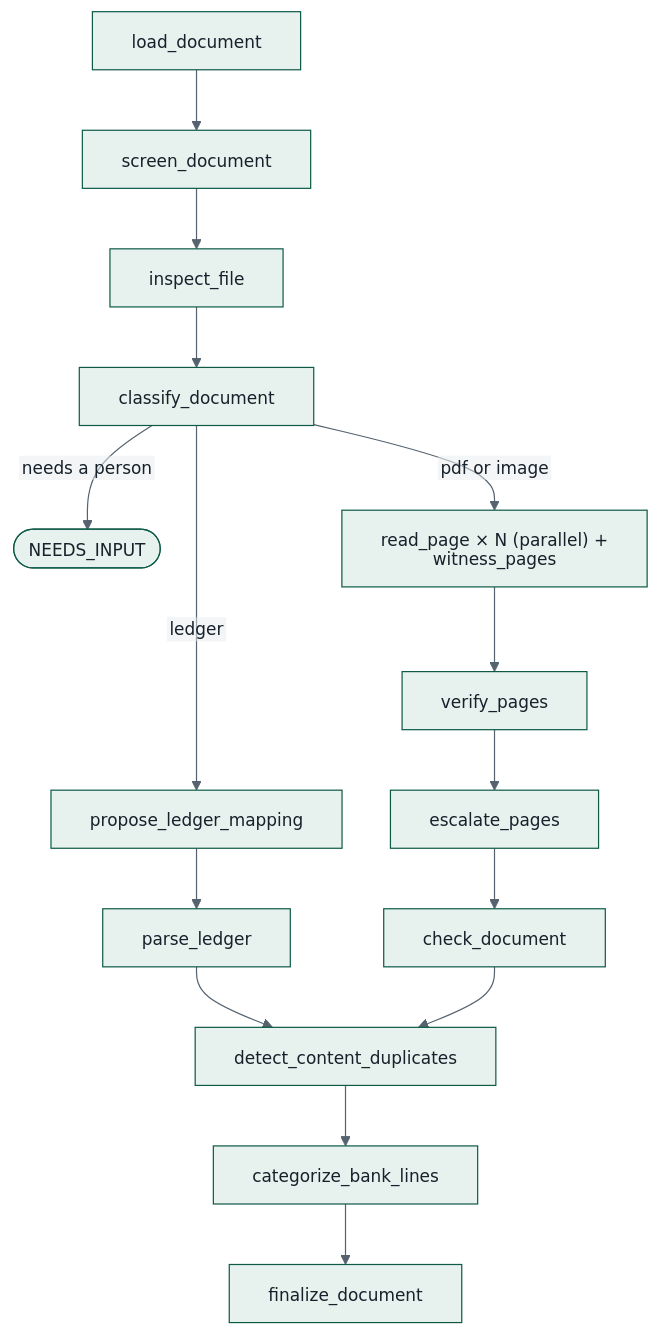
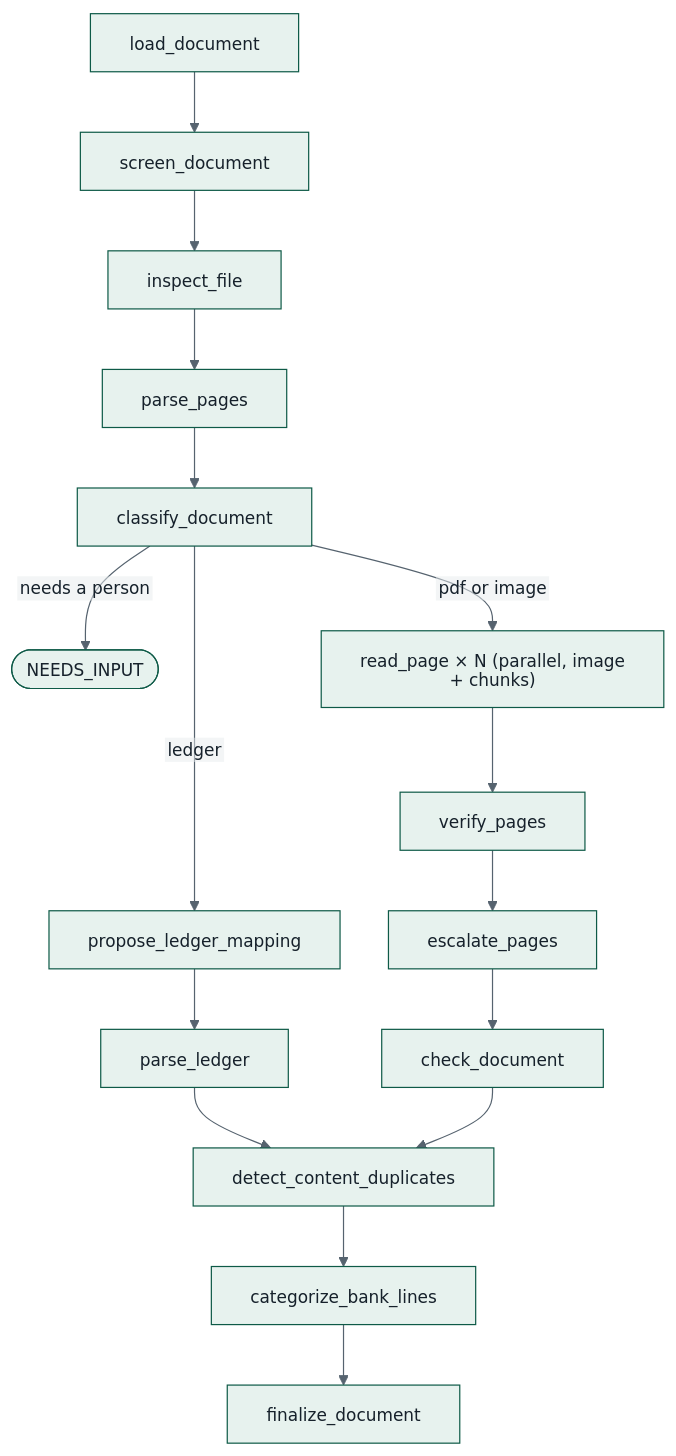
One commit to fadlytanjung/kredibel changed the second of 2 diagrams in docs/23-agents-and-tracing-guide.md. Above: the diagram before and after it, drawn with Mermaid. The commit also changed 33 other files, not shown here.

First line of the commit message:
feat(005): read statements end to end: parse, classify, extract, ground, bank lines

````diff
--- a/docs/23-agents-and-tracing-guide.md
+++ b/docs/23-agents-and-tracing-guide.md
@@ -86,10 +86,10 @@
 ```mermaid
 %%{init: {"theme": "base", "themeVariables": {"fontFamily": "Arial, Helvetica, sans-serif", "fontSize": "14px", "primaryColor": "#E7F2EE", "primaryBorderColor": "#0E5A47", "primaryTextColor": "#16212B", "lineColor": "#56636F", "secondaryColor": "#E8ECEE", "tertiaryColor": "#FFFFFF", "clusterBkg": "#F2F4F5", "clusterBorder": "#B9C2CA", "noteBkgColor": "#FFF5D6", "noteTextColor": "#16212B"}, "htmlLabels": false, "flowchart": {"htmlLabels": false, "padding": 16, "nodeSpacing": 40, "rankSpacing": 50, "wrappingWidth": 220}, "sequence": {"wrap": true, "useMaxWidth": true, "noteFontFamily": "Arial, Helvetica, sans-serif", "messageFontFamily": "Arial, Helvetica, sans-serif", "actorFontFamily": "Arial, Helvetica, sans-serif"}}}%%
 flowchart TB
-    load[load_document] --> screen[screen_document] --> inspect[inspect_file] --> classify[classify_document]
+    load[load_document] --> screen[screen_document] --> inspect[inspect_file] --> parsep[parse_pages] --> classify[classify_document]
     classify -- "needs a person" --> stop1([NEEDS_INPUT])
     classify -- ledger --> map[propose_ledger_mapping] --> parse[parse_ledger]
-    classify -- "pdf or image" --> pages["read_page × N (parallel) + witness_pages"] --> verify[verify_pages] --> esc[escalate_pages] --> check[check_document]
+    classify -- "pdf or image" --> pages["read_page × N (parallel, image + chunks)"] --> verify[verify_pages] --> esc[escalate_pages] --> check[check_document]
     parse --> dup[detect_content_duplicates]
     check --> dup --> cat[categorize_bank_lines] --> fin[finalize_document]
 ```
````
